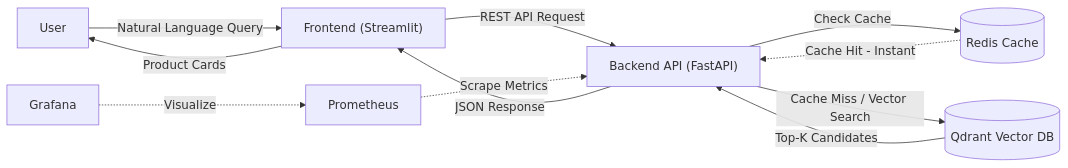
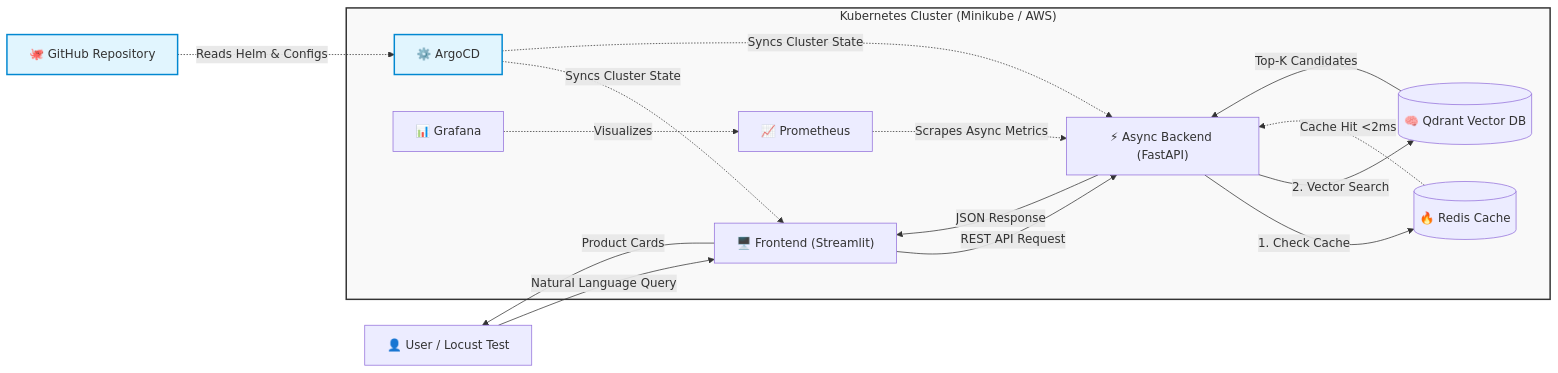
One commit to enesgulerai/hm-fashion-recommender changed the diagram in README.md. Above: the diagram before and after it, drawn with Mermaid. The commit also changed other lines of this file, not shown here.

Commit message:
docs(readme): update mermaid architecture diagram and refine project structure

````diff
--- a/README.md
+++ b/README.md
@@ -36,16 +28,41 @@
 ```mermaid
 graph LR
-    U[User] -->|Natural Language Query| F["Frontend (Streamlit)"]
-    F -->|REST API Request| B["Backend API (FastAPI)"]
+    U[👤 User / Locust Test]
+    Git[🐙 GitHub Repository]
+
+    subgraph "Kubernetes Cluster (Minikube / AWS)"
+        
+        Argo[⚙️ ArgoCD] 
+        
+        F["🖥️ Frontend (Streamlit)"]
+        B["⚡ Async Backend (FastAPI)"]
+        
+        R[("🔥 Redis Cache")]
+        Q[("🧠 Qdrant Vector DB")]
+        
+        M[📈 Prometheus]
+        G[📊 Grafana]
+    end
+
+    Git -.->|Reads Helm & Configs| Argo
+    Argo -.->|Syncs Cluster State| F
+    Argo -.->|Syncs Cluster State| B
+
+    U -->|Natural Language Query| F
+    F -->|REST API Request| B
     
-    B -->|Check Cache| R[("Redis Cache")]
-    R -.->|Cache Hit - Instant| B
-    B -->|Cache Miss / Vector Search| Q[("Qdrant Vector DB")]
+    B -->|1. Check Cache| R
+    R -.->|Cache Hit <2ms| B
+    B -->|2. Vector Search| Q
     Q -->|Top-K Candidates| B
     
     B -->|JSON Response| F
     F -->|Product Cards| U
     
-    M[Prometheus] -.->|Scrape Metrics| B
-    G[Grafana] -.->|Visualize| M
+    M -.->|Scrapes Async Metrics| B
+    G -.->|Visualizes| M
+
+    classDef cluster fill:#f9f9f9,stroke:#333,stroke-width:2px;
+    classDef gitops fill:#e1f5fe,stroke:#0288d1,stroke-width:2px;
+    class Argo,Git gitops;
 ```
````
